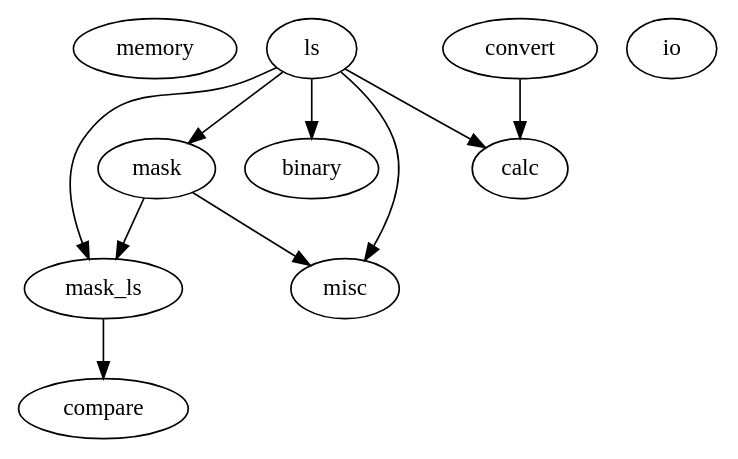
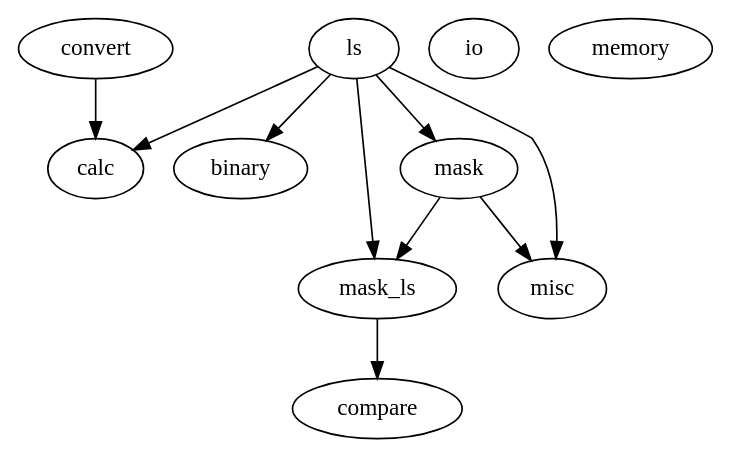
One commit to DerTuchi/TSL changed the diagram in class_graph.dot. Above: the diagram before and after it, drawn with Graphviz. The commit also changed other lines of this file and 23 other files, not shown here.

```diff
--- a/class_graph.dot
+++ b/class_graph.dot
@@ -1,21 +1,21 @@
 strict digraph  {
+ls;
+calc;
+convert;
+io;
 memory;
-ls;
+binary;
 mask_ls;
 mask;
-calc;
-convert;
-binary;
+compare;
 misc;
-io;
-compare;
+ls -> calc;
+ls -> binary;
 ls -> mask_ls;
 ls -> mask;
-ls -> calc;
-ls -> binary;
 ls -> misc;
+convert -> calc;
 mask_ls -> compare;
 mask -> mask_ls;
 mask -> misc;
-convert -> calc;
 }
```
